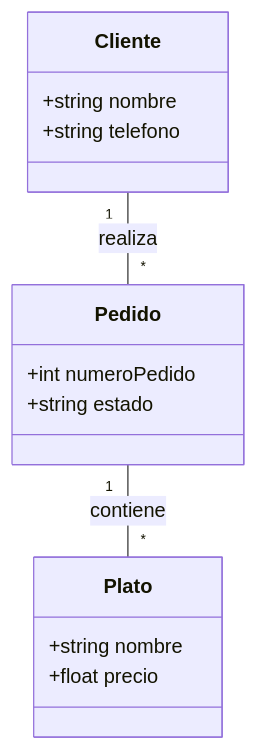
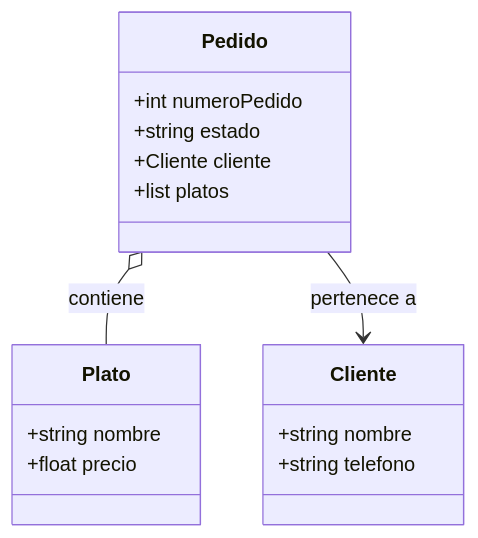
Before and after one commit to lufe089/POO: the tenth of 11 diagrams in 2.DiseñoOrientadoObjetos.md, drawn with Mermaid. The commit also changed other lines of this file, not shown here.

````diff
--- a/2.DiseñoOrientadoObjetos.md
+++ b/2.DiseñoOrientadoObjetos.md
@@ -456,17 +499,19 @@
 ```mermaid
 classDiagram
     class Cliente {
         +string nombre
         +string telefono
     }
     class Pedido {
         +int numeroPedido
         +string estado
+        +Cliente cliente
+        +list<Plato> platos
     }
     class Plato {
         +string nombre
         +float precio
     }
-    Cliente "1" -- "*" Pedido : realiza
-    Pedido "1" -- "*" Plato : contiene
+    Pedido o-- Plato : contiene
+    Pedido --> Cliente : pertenece a
 ```
````
